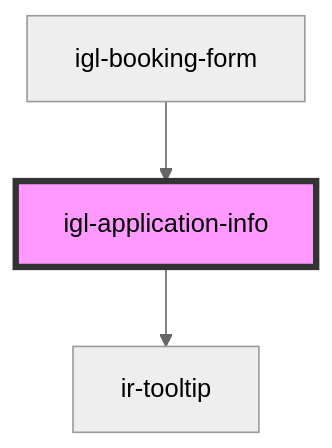
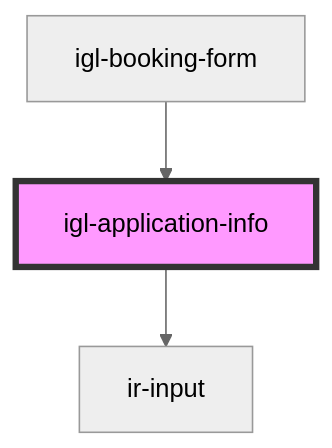
Before and after one commit to David1Chowaifaty/modified-ir-webcmp: the diagram in src/components/igloo-calendar/igl-book-property/igl-booking-form/igl-application-info/readme.md, drawn with Mermaid (neutral theme). The commit also changed other lines of this file and 29 other files, not shown here.

First line of the commit message:
Refactor igl-booking components to enhance input handling and streamline dependencies

````diff
--- a/src/components/igloo-calendar/igl-book-property/igl-booking-form/igl-application-info/readme.md
+++ b/src/components/igloo-calendar/igl-book-property/igl-booking-form/igl-application-info/readme.md
@@ -33,6 +33,6 @@
 ```mermaid
 graph TD;
-  igl-application-info --> ir-tooltip
+  igl-application-info --> ir-input
   igl-booking-form --> igl-application-info
   style igl-application-info fill:#f9f,stroke:#333,stroke-width:4px
 ```
````
